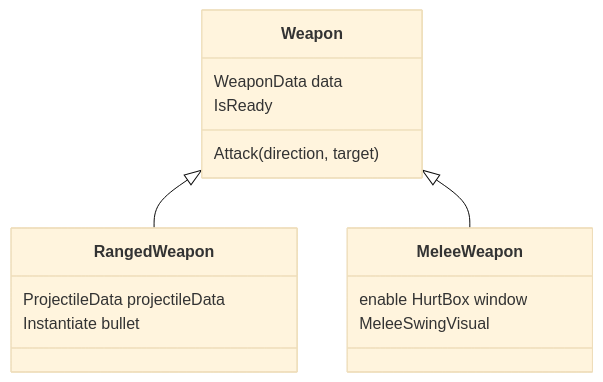
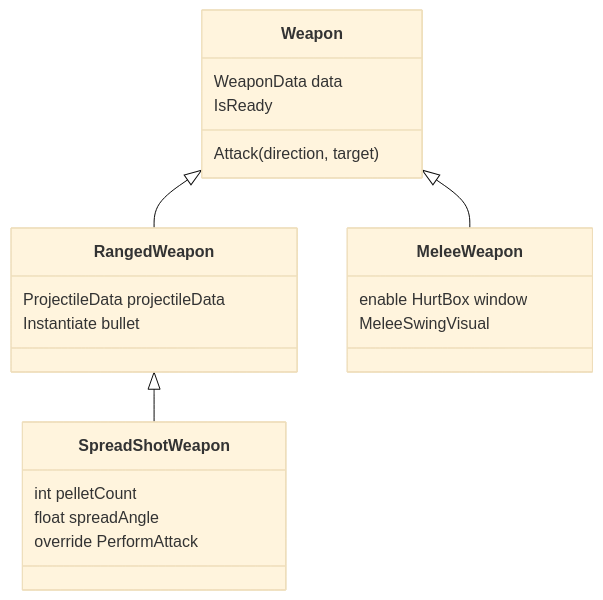
The eighth of 9 diagrams in Assets/Docs/LAB_zh-TW.md (Oaktheplayer/115A_NTHUGDC_OOPIntro), drawn with Mermaid (base theme) before and after one commit. The commit also changed other lines of this file and 1 other file, not shown here.

````diff
--- a/Assets/Docs/LAB_zh-TW.md
+++ b/Assets/Docs/LAB_zh-TW.md
@@ -251,18 +285,24 @@
 ```mermaid
 classDiagram
   class Weapon {
     WeaponData data
     Attack(direction, target)
     IsReady
   }
   class RangedWeapon {
     ProjectileData projectileData
     Instantiate bullet
   }
   class MeleeWeapon {
     enable HurtBox window
     MeleeSwingVisual
   }
+  class SpreadShotWeapon {
+    int pelletCount
+    float spreadAngle
+    override PerformAttack
+  }
   Weapon <|-- RangedWeapon
   Weapon <|-- MeleeWeapon
+  RangedWeapon <|-- SpreadShotWeapon
 ```
````
